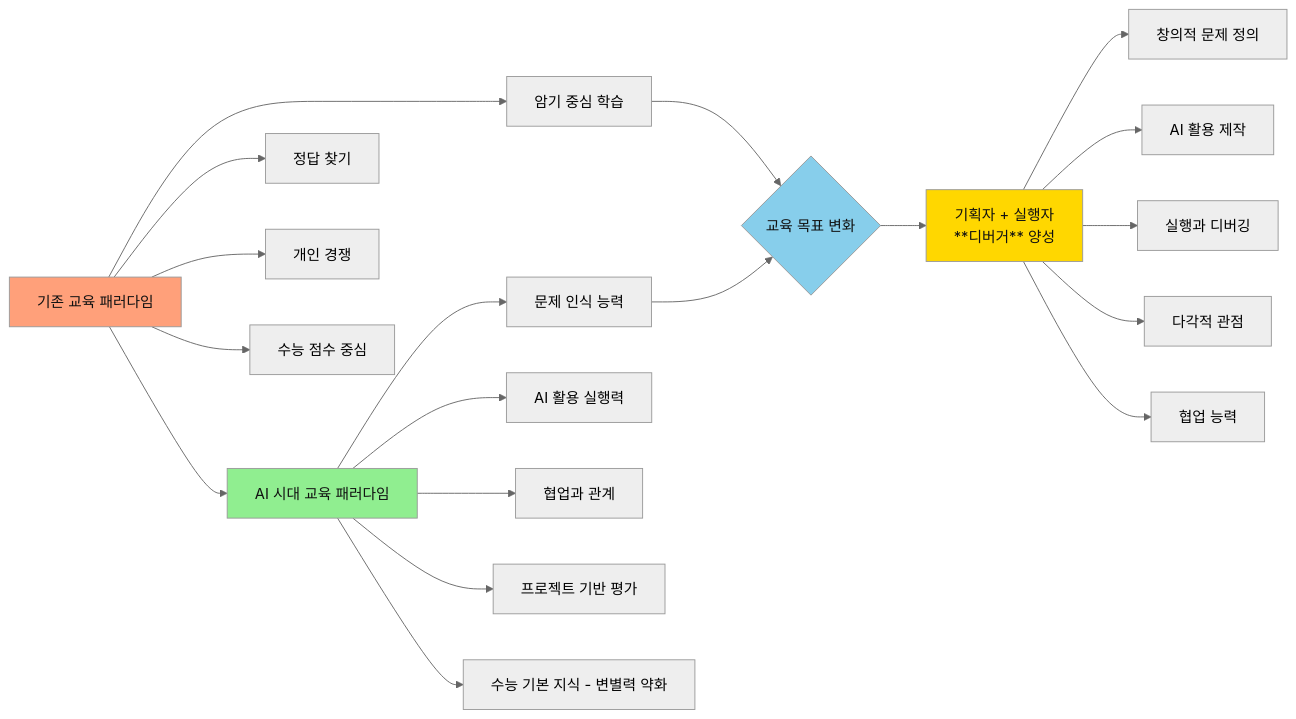
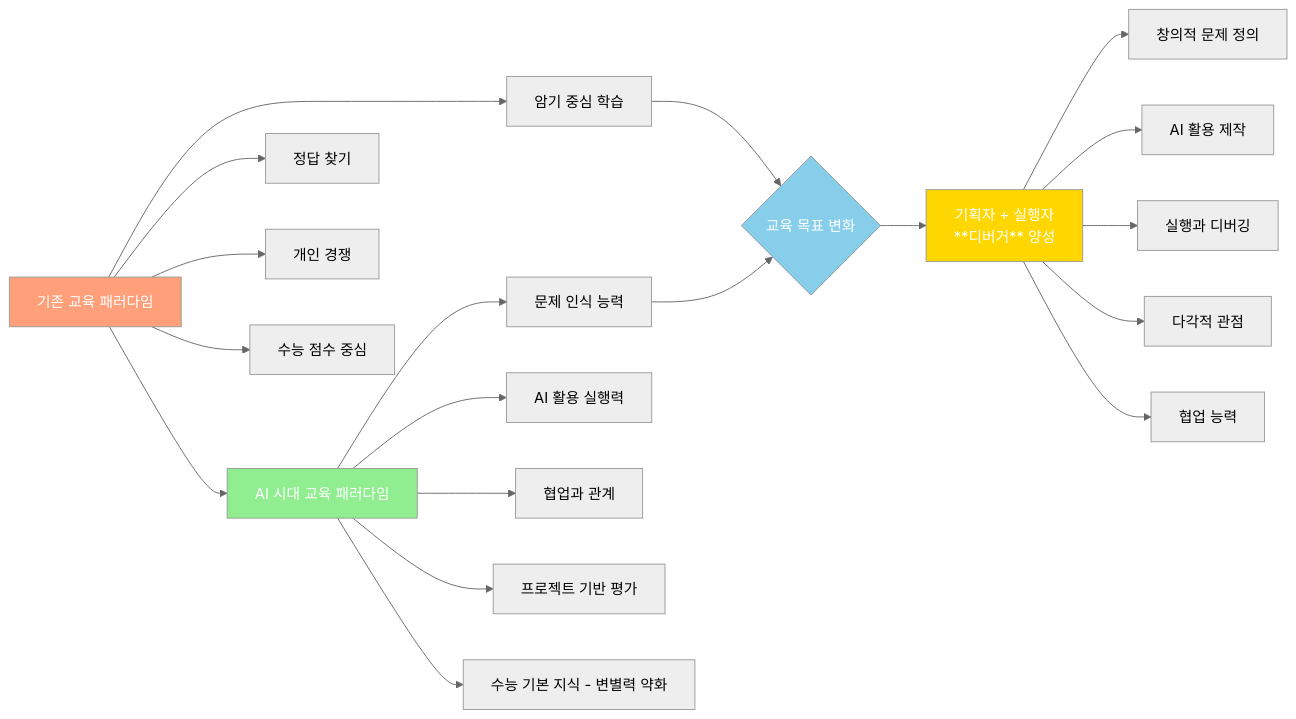
One commit to Collegenie-X/froebel changed the fourth of 22 diagrams in 2단계_유아초등교육커리큘럼.md. Above: the diagram before and after it, drawn with Mermaid (neutral theme). The commit also changed other lines of this file and 4 other files, not shown here.

````diff
--- a/2단계_유아초등교육커리큘럼.md
+++ b/2단계_유아초등교육커리큘럼.md
@@ -138,31 +138,31 @@
 ```mermaid
 graph LR
     A[기존 교육 패러다임] --> B[AI 시대 교육 패러다임]
     
     A --> A1[암기 중심 학습]
     A --> A2[정답 찾기]
     A --> A3[개인 경쟁]
     A --> A4[수능 점수 중심]
     
     B --> B1[문제 인식 능력]
     B --> B2[AI 활용 실행력]
     B --> B3[협업과 관계]
     B --> B4[프로젝트 기반 평가]
     B --> B5[수능 기본 지식 - 변별력 약화]
     
     A1 --> C{교육 목표 변화}
     B1 --> C
     
     C --> D[기획자 + 실행자<br/>**디버거** 양성]
     
     D --> E[창의적 문제 정의]
     D --> F[AI 활용 제작]
     D --> G[실행과 디버깅]
     D --> H[다각적 관점]
     D --> I[협업 능력]
     
-    style A fill:#FFA07A,color:#111
-    style B fill:#90EE90,color:#111
-    style D fill:#FFD700,color:#111
-    style C fill:#87CEEB,color:#111
+    style A fill:#FFA07A,color:#fff
+    style B fill:#90EE90,color:#fff
+    style D fill:#FFD700,color:#fff
+    style C fill:#87CEEB,color:#fff
 ```
````
